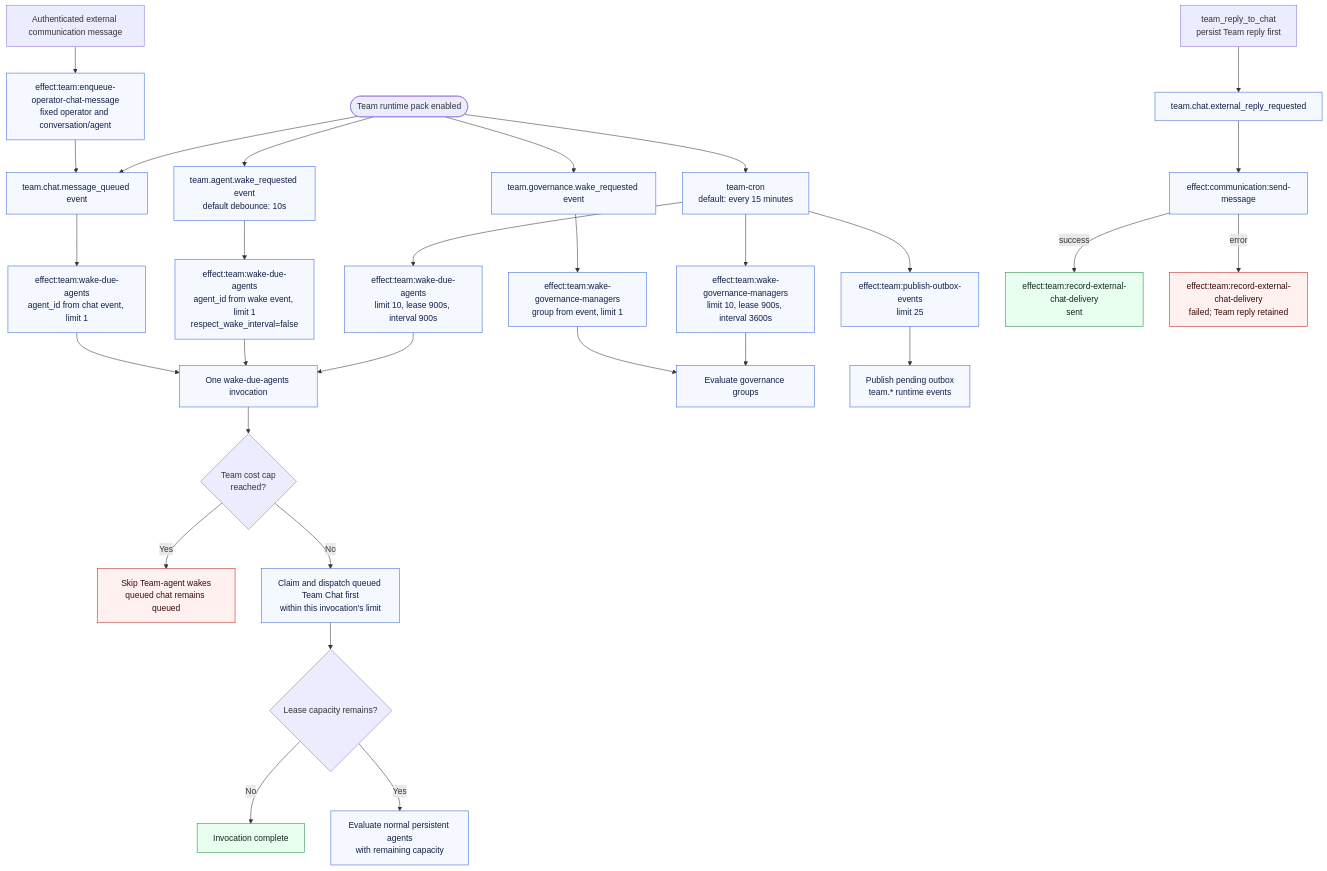
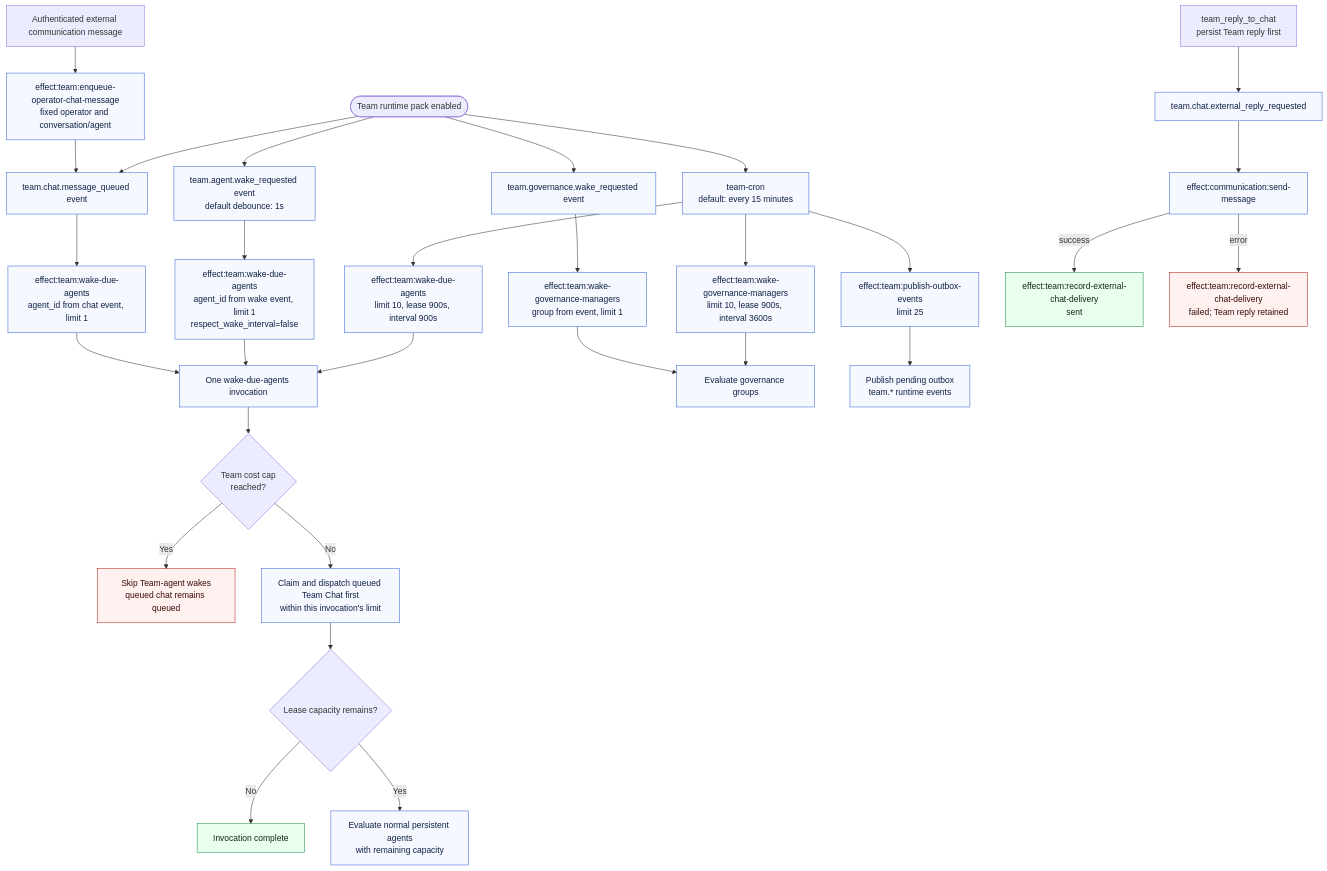
The first of 10 diagrams in docs/team-addon-wake-decision-tree.md (QuinthSoftwareSolutions/evander), drawn with Mermaid before and after one commit. The commit also changed 25 other files, not shown here.

Commit message:
Reduce Team wake and UI latency

````diff
--- a/docs/team-addon-wake-decision-tree.md
+++ b/docs/team-addon-wake-decision-tree.md
@@ -19,45 +19,45 @@
 ```mermaid
 flowchart TD
     start([Team runtime pack enabled])
 
     start --> cron["team-cron<br/>default: every 15 minutes"]
-    start --> wake_event["team.agent.wake_requested event<br/>default debounce: 10s"]
+    start --> wake_event["team.agent.wake_requested event<br/>default debounce: 1s"]
     start --> chat_event["team.chat.message_queued event"]
     start --> gov_event["team.governance.wake_requested event"]
 
     cron --> normal_effect["effect:team:wake-due-agents<br/>limit 10, lease 900s, interval 900s"]
     wake_event --> requested_effect["effect:team:wake-due-agents<br/>agent_id from wake event, limit 1<br/>respect_wake_interval=false"]
     chat_event --> chat_effect["effect:team:wake-due-agents<br/>agent_id from chat event, limit 1"]
     cron --> gov_effect["effect:team:wake-governance-managers<br/>limit 10, lease 900s, interval 3600s"]
     gov_event --> gov_requested_effect["effect:team:wake-governance-managers<br/>group from event, limit 1"]
     cron --> outbox_effect["effect:team:publish-outbox-events<br/>limit 25"]
 
     normal_effect --> wake_invocation
     requested_effect --> wake_invocation
     chat_effect --> wake_invocation
     wake_invocation["One wake-due-agents invocation"] --> cost_guard{"Team cost cap<br/>reached?"}
     cost_guard -->|Yes| cost_skip["Skip Team-agent wakes<br/>queued chat remains queued"]
     cost_guard -->|No| chat_first["Claim and dispatch queued Team Chat first<br/>within this invocation's limit"]
     chat_first --> capacity{"Lease capacity remains?"}
     capacity -->|No| wake_done["Invocation complete"]
     capacity -->|Yes| normal_tree["Evaluate normal persistent agents<br/>with remaining capacity"]
 
     gov_effect --> gov_tree["Evaluate governance groups"]
     gov_requested_effect --> gov_tree
     outbox_effect --> outbox["Publish pending outbox<br/>team.* runtime events"]
 
     external_message["Authenticated external communication message"] --> bridge["effect:team:enqueue-operator-chat-message<br/>fixed operator and conversation/agent"]
     bridge --> chat_event
 
     agent_reply["team_reply_to_chat<br/>persist Team reply first"] --> external_reply["team.chat.external_reply_requested"]
     external_reply --> send_external["effect:communication:send-message"]
     send_external -->|success| record_sent["effect:team:record-external-chat-delivery<br/>sent"]
     send_external -->|error| record_failed["effect:team:record-external-chat-delivery<br/>failed; Team reply retained"]
 
     classDef wake fill:#e8fff0,stroke:#208a42,color:#102a16;
     classDef skip fill:#fff1f0,stroke:#b42318,color:#3a0b07;
     classDef process fill:#f5f8ff,stroke:#3867d6,color:#102044;
     class normal_effect,requested_effect,chat_effect,gov_effect,gov_requested_effect,outbox_effect,wake_invocation,chat_first,normal_tree,gov_tree,outbox,cron,wake_event,chat_event,gov_event,bridge,external_reply,send_external process;
     class record_sent,wake_done wake;
     class cost_skip,record_failed skip;
 ```
````
